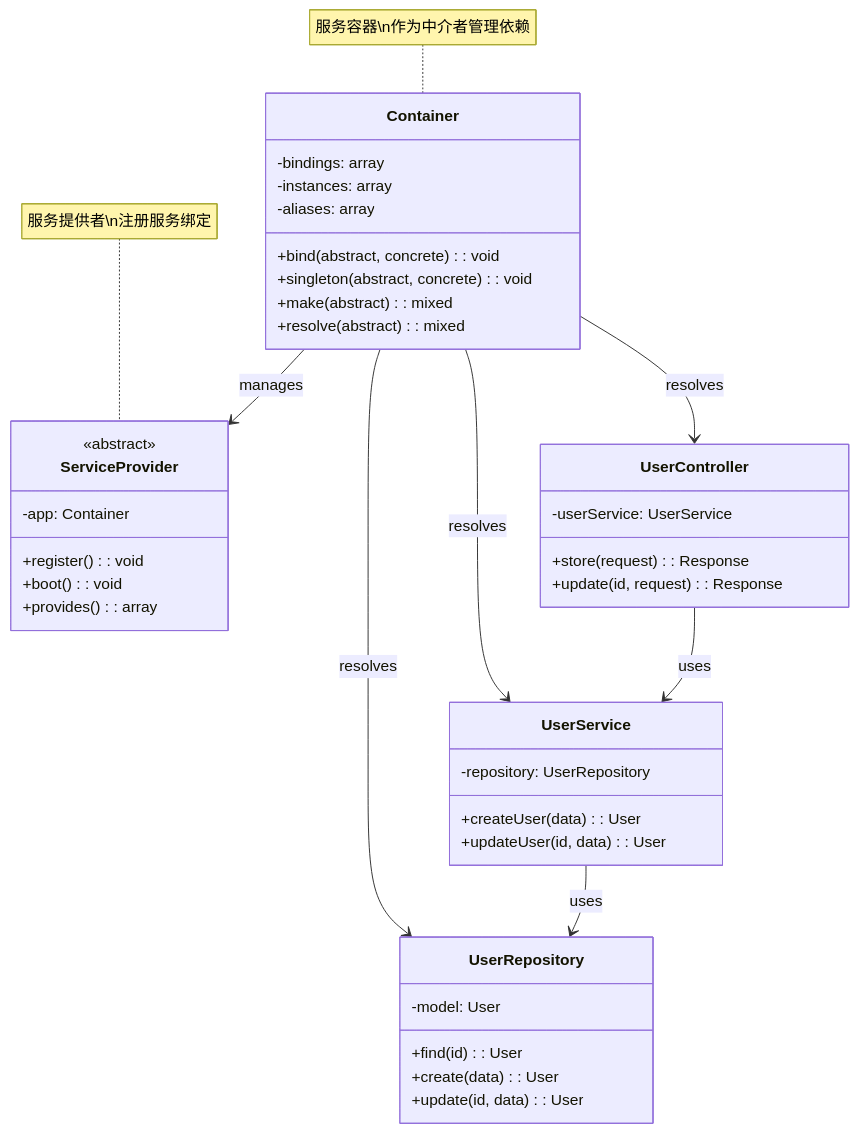
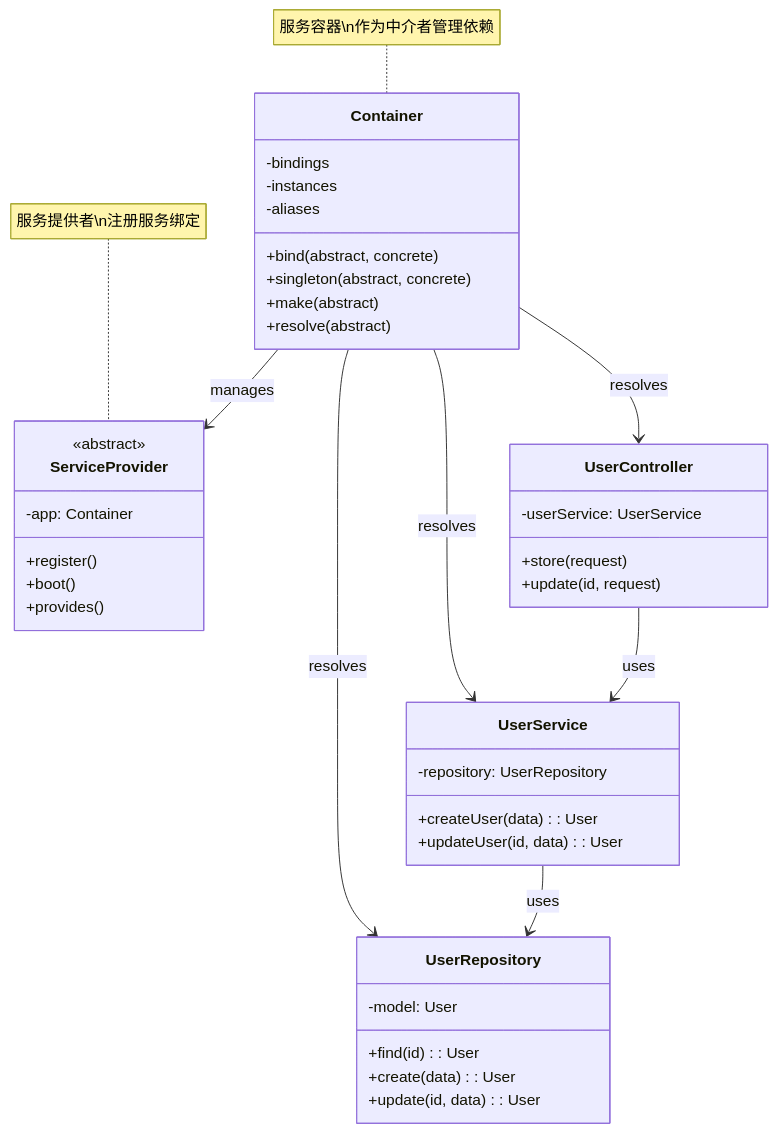
Before and after one commit to fanly/DesignPattern: the fourth of 6 diagrams in resources/design-patterns/laravel/behavioral/mediator_zh.md, drawn with Mermaid. The commit also changed other lines of this file and 103 other files, not shown here.

````diff
--- a/resources/design-patterns/laravel/behavioral/mediator_zh.md
+++ b/resources/design-patterns/laravel/behavioral/mediator_zh.md
@@ -128,49 +128,49 @@
 ```mermaid
 classDiagram
     class Container {
-        -bindings: array
-        -instances: array
-        -aliases: array
-        +bind(abstract, concrete): void
-        +singleton(abstract, concrete): void
-        +make(abstract): mixed
-        +resolve(abstract): mixed
+        -bindings
+        -instances
+        -aliases
+        +bind(abstract, concrete)
+        +singleton(abstract, concrete)
+        +make(abstract)
+        +resolve(abstract)
     }
     
     class ServiceProvider {
         <<abstract>>
         -app: Container
-        +register(): void
-        +boot(): void
-        +provides(): array
+        +register()
+        +boot()
+        +provides()
     }
     
     class UserService {
         -repository: UserRepository
         +createUser(data): User
         +updateUser(id, data): User
     }
     
     class UserRepository {
         -model: User
         +find(id): User
         +create(data): User
         +update(id, data): User
     }
     
     class UserController {
         -userService: UserService
-        +store(request): Response
-        +update(id, request): Response
+        +store(request)
+        +update(id, request)
     }
     
     Container --> ServiceProvider : manages
     Container --> UserService : resolves
     Container --> UserRepository : resolves
     Container --> UserController : resolves
     UserController --> UserService : uses
     UserService --> UserRepository : uses
     
     note for Container "服务容器\n作为中介者管理依赖"
     note for ServiceProvider "服务提供者\n注册服务绑定"
 ```
````
